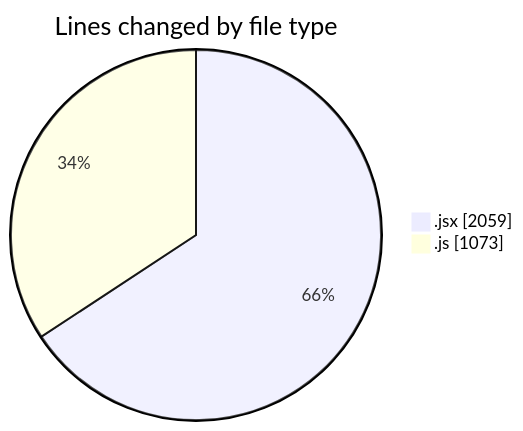
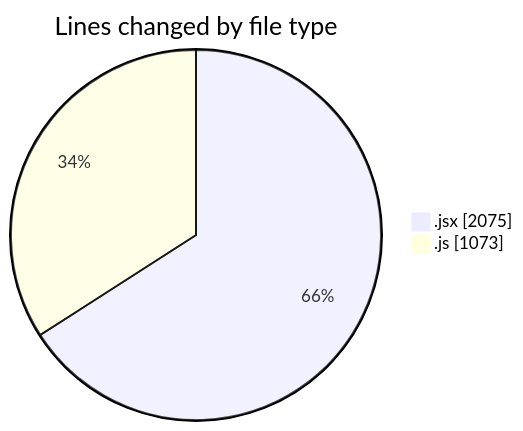
The first of 2 diagrams in 2025-06-04/nxtqube_webapp/README.md (nxtqubesakshisongat/code-tracking), drawn with Mermaid before and after one commit. The commit also changed other lines of this file and 1 other file, not shown here.

````diff
--- a/2025-06-04/nxtqube_webapp/README.md
+++ b/2025-06-04/nxtqube_webapp/README.md
@@ -26,6 +26,6 @@
 ```mermaid
 pie showData
 title Lines changed by file type
-".jsx" : 2059
+".jsx" : 2075
 ".js" : 1073
 ```
````
